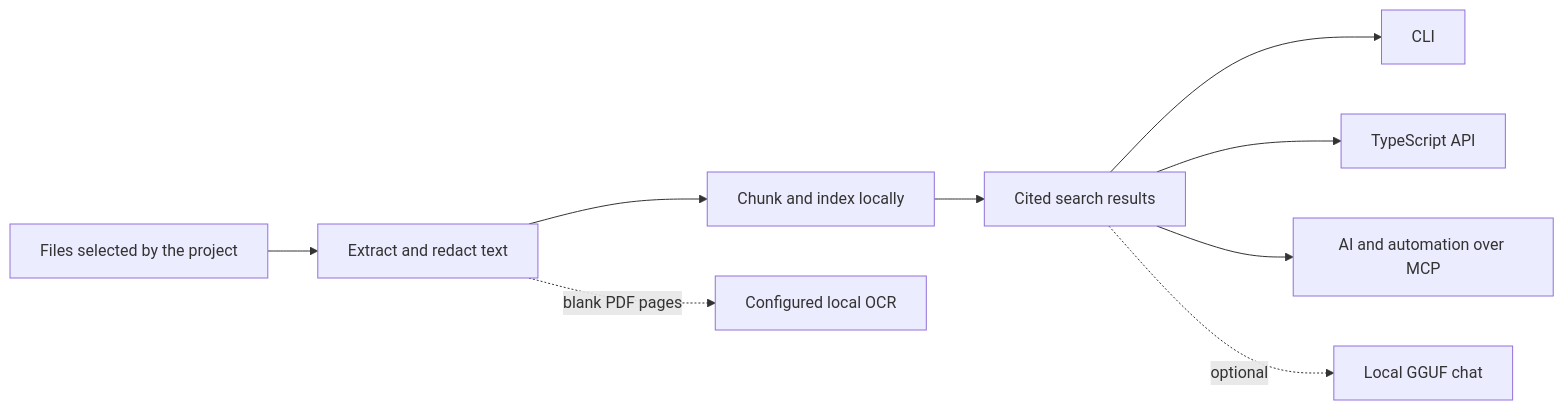
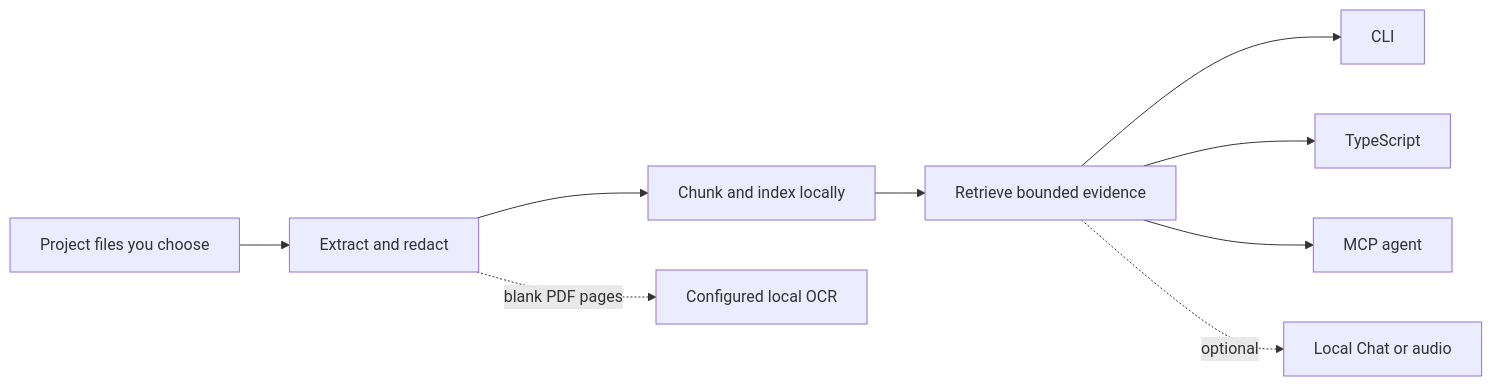
One commit to jcode-works/jcode-ragmir changed the first of 2 diagrams in README.md. Above: the diagram before and after it, drawn with Mermaid. The commit also changed other lines of this file and 23 other files, not shown here.

````diff
--- a/README.md
+++ b/README.md
@@ -86,11 +67,11 @@
 ```mermaid
 flowchart LR
-    A["Files selected by the project"] --> B["Extract and redact text"]
+    A["Project files you choose"] --> B["Extract and redact"]
     B --> C["Chunk and index locally"]
-    C --> D["Cited search results"]
+    C --> D["Retrieve bounded evidence"]
     D --> E["CLI"]
-    D --> F["TypeScript API"]
-    D --> G["AI and automation over MCP"]
-    D -. optional .-> H["Local GGUF chat"]
+    D --> F["TypeScript"]
+    D --> G["MCP agent"]
+    D -. optional .-> H["Local Chat or audio"]
     B -. blank PDF pages .-> I["Configured local OCR"]
 ```
````
